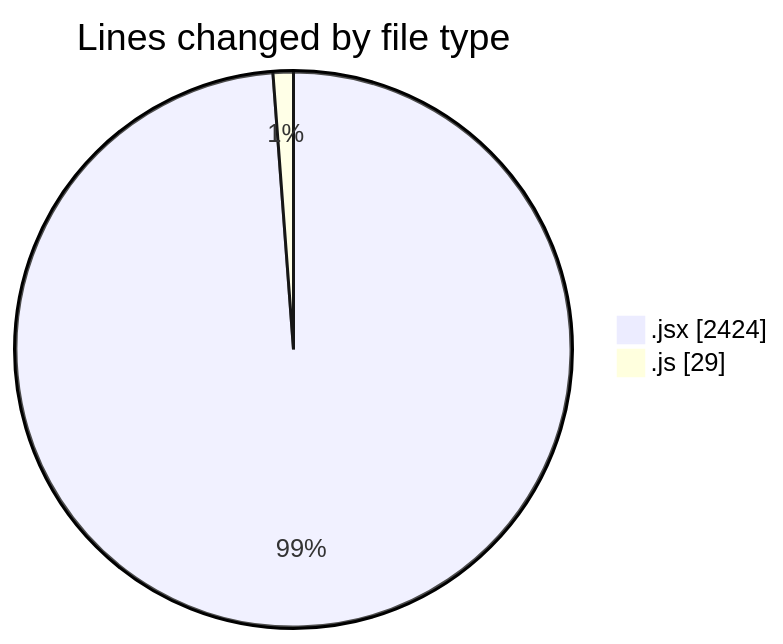
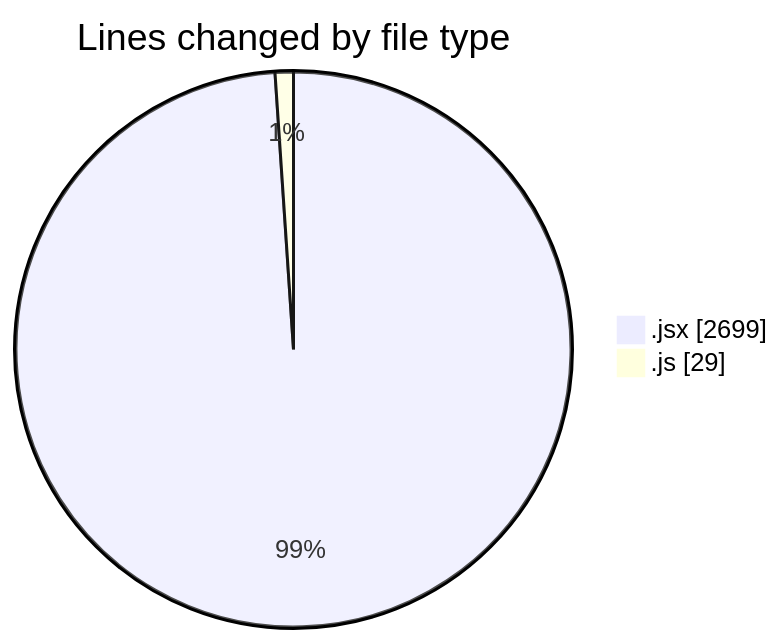
Before and after one commit to nxtqubesakshisongat/code-tracking: the first of 2 diagrams in 2026-01-07/nxtqube_webapp/README.md, drawn with Mermaid. The commit also changed other lines of this file and 1 other file, not shown here.

````diff
--- a/2026-01-07/nxtqube_webapp/README.md
+++ b/2026-01-07/nxtqube_webapp/README.md
@@ -22,6 +23,6 @@
 ```mermaid
 pie showData
 title Lines changed by file type
-".jsx" : 2424
+".jsx" : 2699
 ".js" : 29
 ```
````
